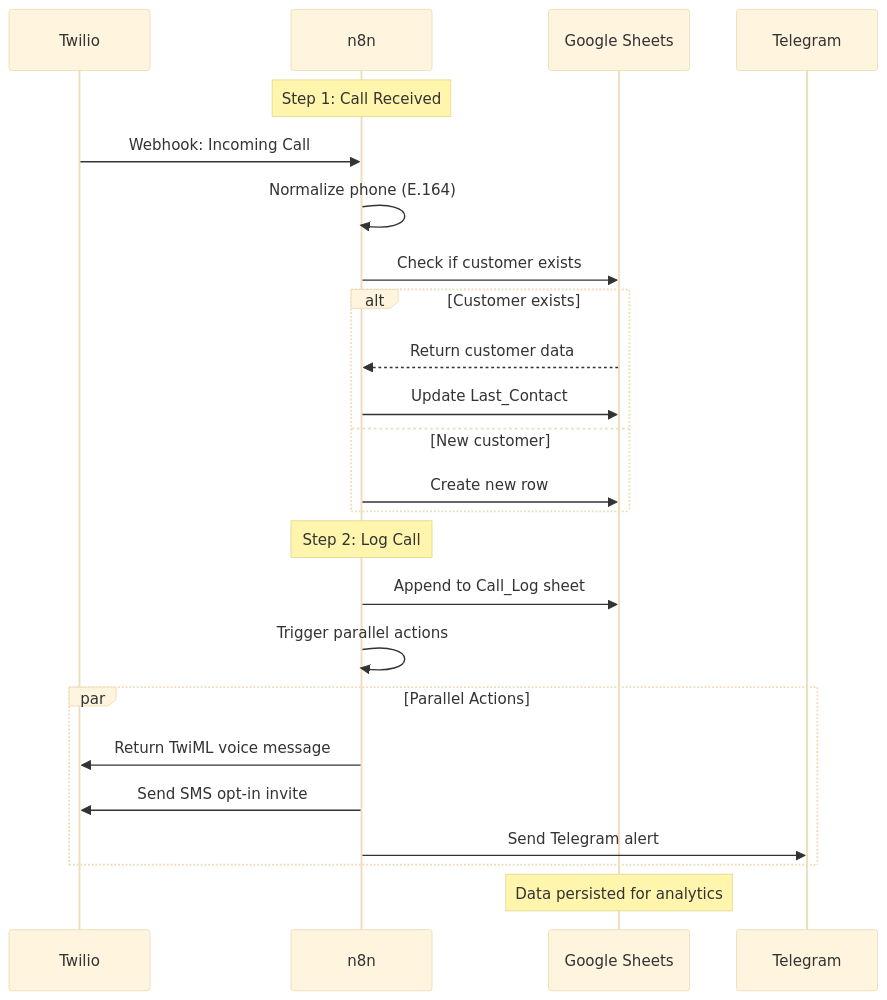
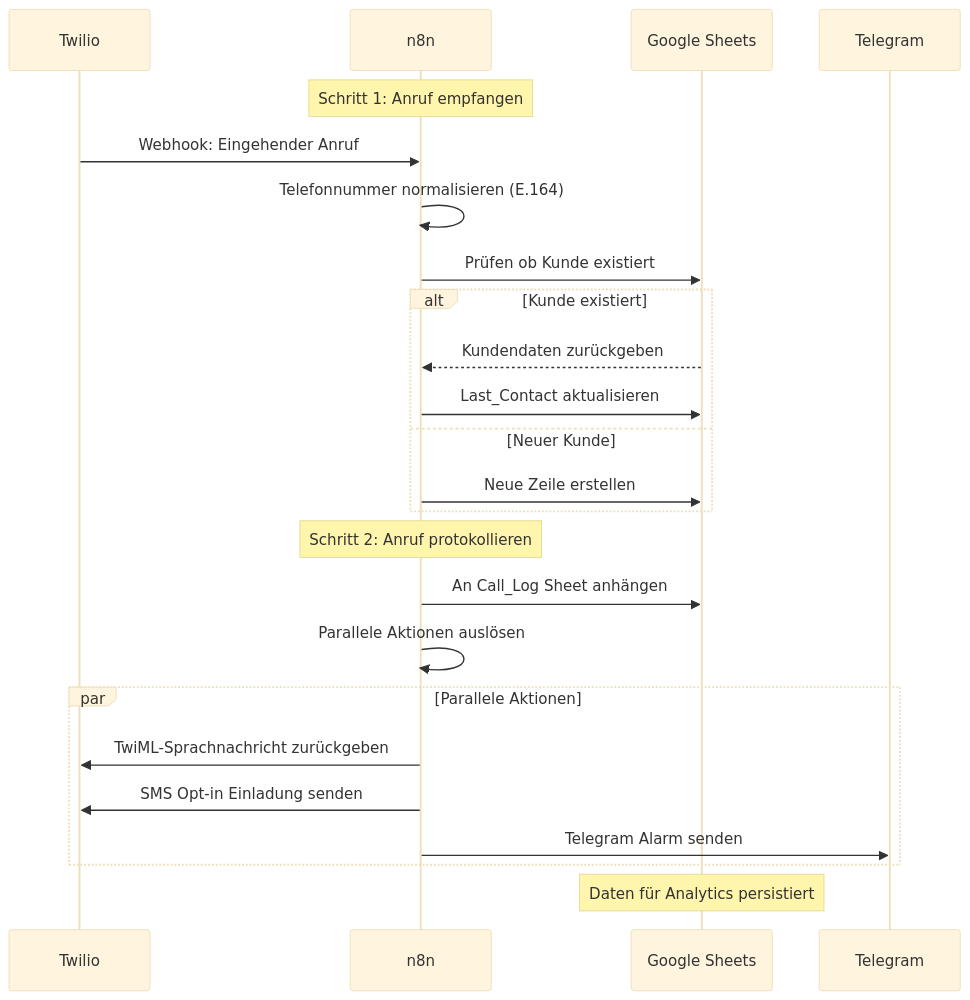
One commit to avion23/meisteranruf-backend changed the fifth of 9 diagrams in ARCHITECTURE.md. Above: the diagram before and after it, drawn with Mermaid (base theme). The commit also changed other lines of this file and 3 other files, not shown here.

````diff
--- a/ARCHITECTURE.md
+++ b/ARCHITECTURE.md
@@ -167,31 +167,31 @@
 ```mermaid
 sequenceDiagram
     participant T as Twilio
     participant N as n8n
     participant GS as Google Sheets
     participant TG as Telegram
     
-    Note over N: Step 1: Call Received
-    T->>N: Webhook: Incoming Call
-    N->>N: Normalize phone (E.164)
-    N->>GS: Check if customer exists
+    Note over N: Schritt 1: Anruf empfangen
+    T->>N: Webhook: Eingehender Anruf
+    N->>N: Telefonnummer normalisieren (E.164)
+    N->>GS: Prüfen ob Kunde existiert
     
-    alt Customer exists
-        GS-->>N: Return customer data
-        N->>GS: Update Last_Contact
-    else New customer
-        N->>GS: Create new row
+    alt Kunde existiert
+        GS-->>N: Kundendaten zurückgeben
+        N->>GS: Last_Contact aktualisieren
+    else Neuer Kunde
+        N->>GS: Neue Zeile erstellen
     end
     
-    Note over N: Step 2: Log Call
-    N->>GS: Append to Call_Log sheet
-    N->>N: Trigger parallel actions
+    Note over N: Schritt 2: Anruf protokollieren
+    N->>GS: An Call_Log Sheet anhängen
+    N->>N: Parallele Aktionen auslösen
     
-    par Parallel Actions
-        N->>T: Return TwiML voice message
-        N->>T: Send SMS opt-in invite
-        N->>TG: Send Telegram alert
+    par Parallele Aktionen
+        N->>T: TwiML-Sprachnachricht zurückgeben
+        N->>T: SMS Opt-in Einladung senden
+        N->>TG: Telegram Alarm senden
     end
     
-    Note over GS: Data persisted for analytics
+    Note over GS: Daten für Analytics persistiert
 ```
````
